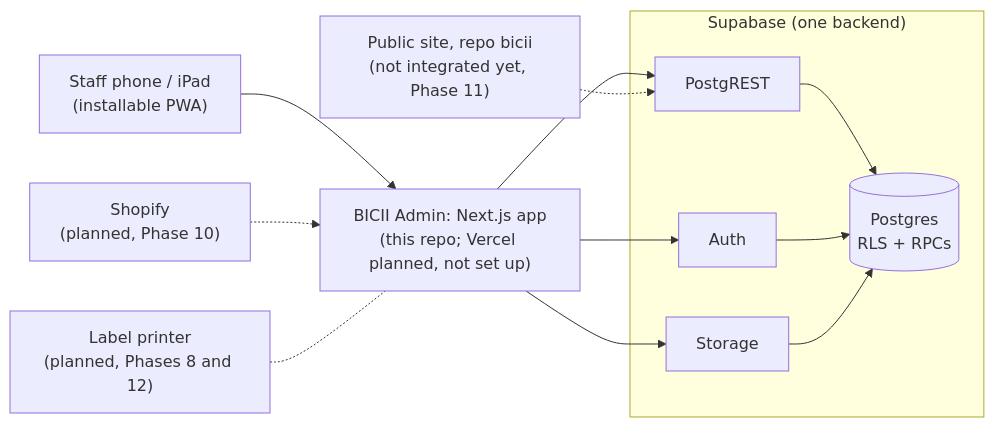
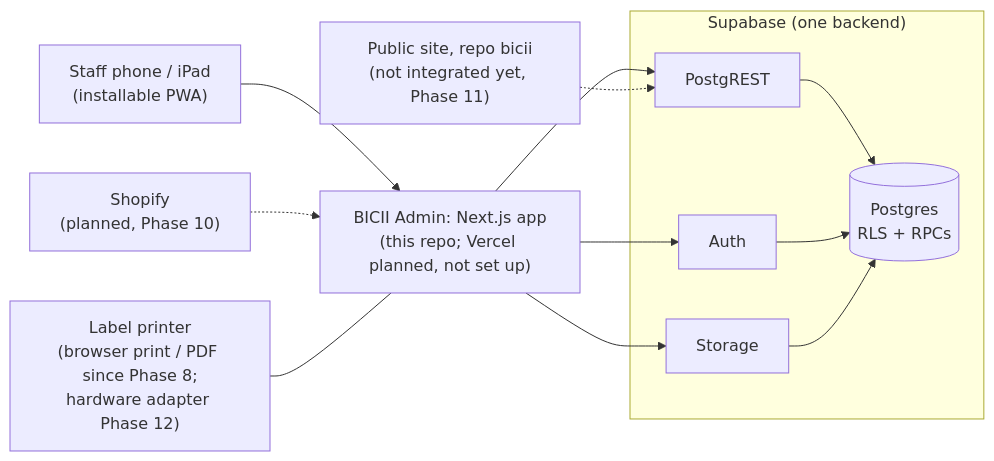
The diagram in docs/ARCHITECTURE.md (abhishekcheriangeorge-ops/bicii-book), drawn with Mermaid before and after one commit. The commit also changed other lines of this file and 51 other files, not shown here.

````diff
--- a/docs/ARCHITECTURE.md
+++ b/docs/ARCHITECTURE.md
@@ -14,19 +14,19 @@
 ```mermaid
 flowchart LR
   staff["Staff phone / iPad<br/>(installable PWA)"] --> app["BICII Admin: Next.js app<br/>(this repo; Vercel planned, not set up)"]
   app --> auth
   app --> rest
   app --> storage
   subgraph supabase["Supabase (one backend)"]
     auth["Auth"]
     rest["PostgREST"]
     storage["Storage"]
     db[("Postgres<br/>RLS + RPCs")]
     rest --> db
     auth --> db
     storage --> db
   end
   public["Public site, repo bicii<br/>(not integrated yet, Phase 11)"] -.-> rest
   shopify["Shopify<br/>(planned, Phase 10)"] -.-> app
-  printer["Label printer<br/>(planned, Phases 8 and 12)"] -.- app
+  printer["Label printer<br/>(browser print / PDF since Phase 8;<br/>hardware adapter Phase 12)"] --- app
 ```
````
